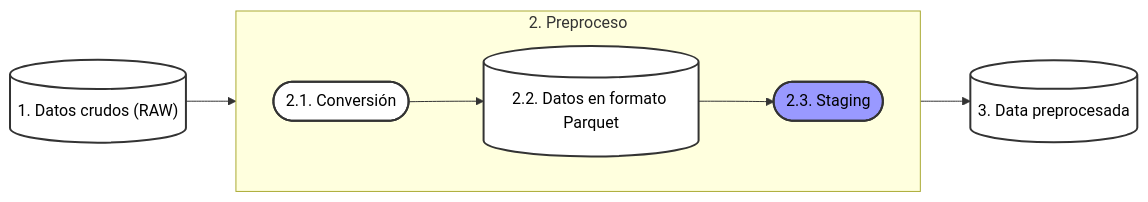
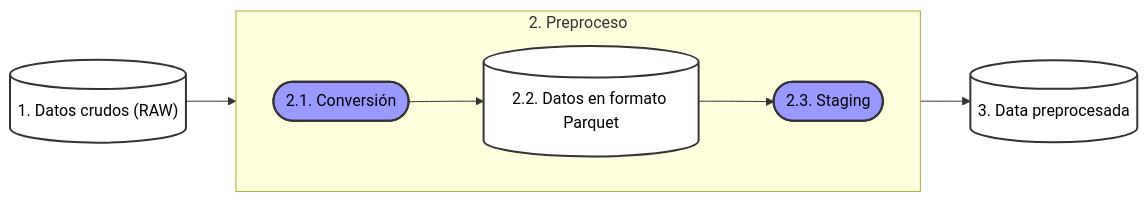
Before and after one commit to AGORA-COL/.github: the diagram in profile/DataLake/Preproceso.md, drawn with Mermaid. The commit also changed 2 other files, not shown here.

Commit message:
mejoras menores a la documentación

````diff
--- a/profile/DataLake/Preproceso.md
+++ b/profile/DataLake/Preproceso.md
@@ -3,34 +3,29 @@
 ```mermaid
 flowchart LR
     R[("1. Datos crudos (RAW)")]
-    subgraph 2. Preproceso
+    subgraph PP["2. Preproceso"]
         direction LR
         C(["2.1. Conversión"])
         P[("2.2. Datos en formato Parquet")]
         S(["2.3. Staging"])
     end
     D[("3. Data preprocesada")]
 
     R --> C --> P --> S --> D
 
     class R data;
     class C process;
     class P data;
     class S process;
-    class D data;
+    class D data; 
 
     classDef data fill:white,stroke:#333,stroke-width:2px,color:#000;
     classDef process fill:#99f,stroke:#333,stroke-width:2px,color:black;
     classDef repository fill:#fff,stroke:#333,stroke-width:2px,stroke: 5 5,color:#000;
     classDef process2 fill:green,stroke:#333,stroke-width:2px,color:#000;
     classDef report fill:#ddd,stroke:#333,stroke-width:2px,color:#000;
 
-    class A,B,C,D,E data;
-    class F process;
-    class DL repository;
-    class R1,R2,R3,R4,R5 report;
-    class G process2;    
 
     
 
 ```
````
